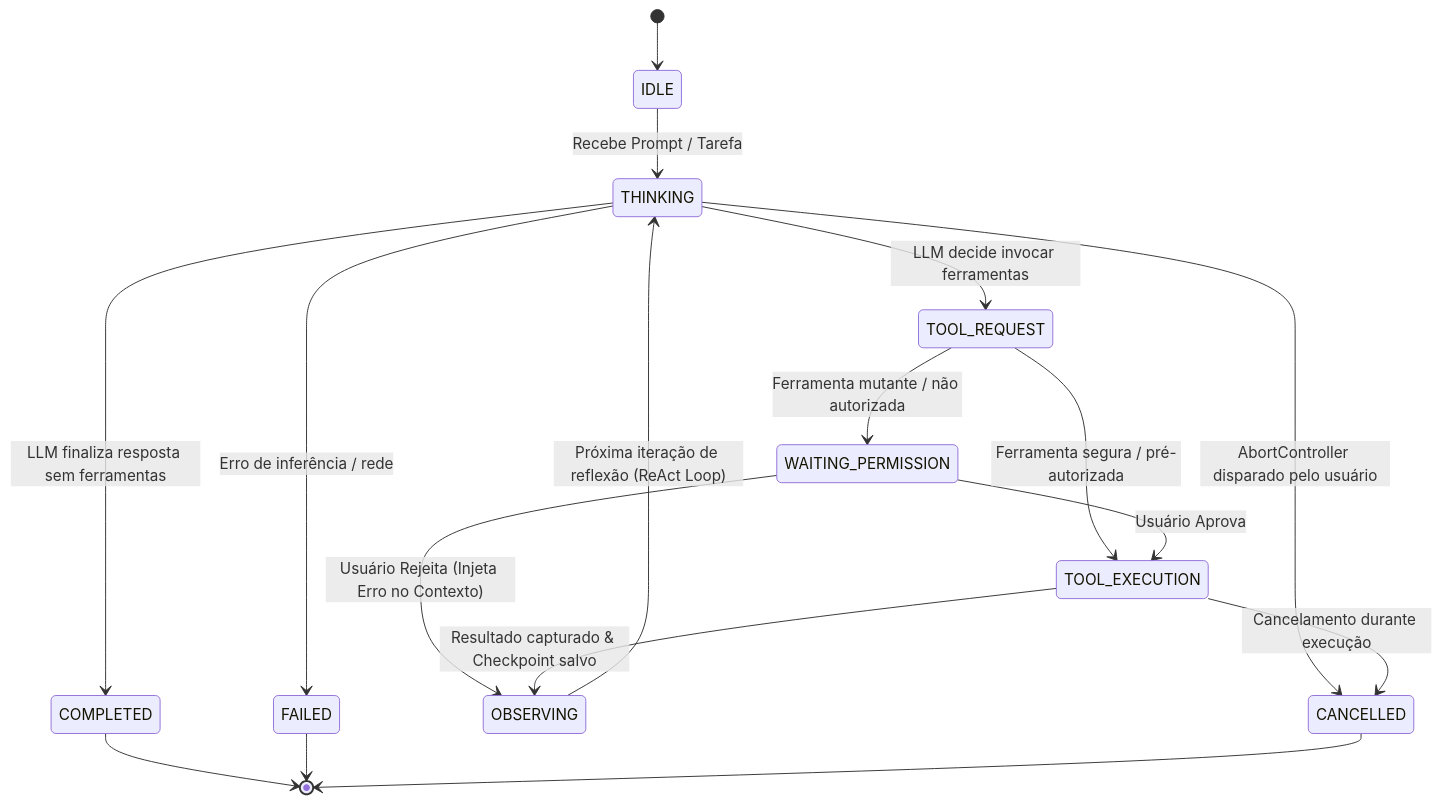
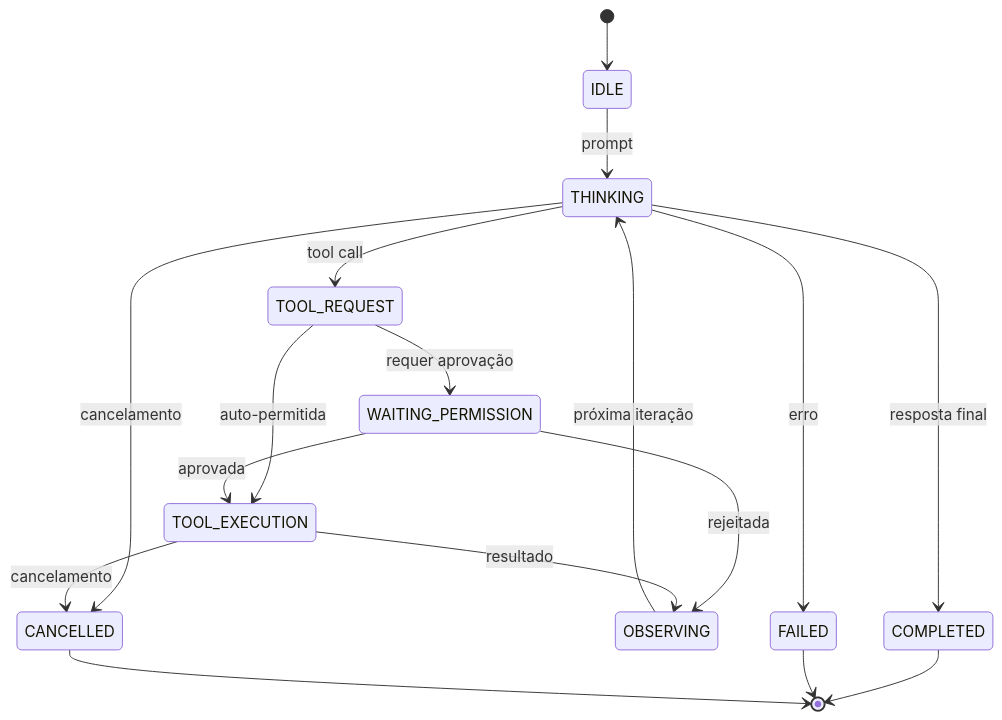
Before and after one commit to giseldo/neochat-desktop: the third of 3 diagrams in docs/guide/agent-runtime.md, drawn with Mermaid. The commit also changed other lines of this file and 5 other files, not shown here.

Commit message:
docs: update project architecture

````diff
--- a/docs/guide/agent-runtime.md
+++ b/docs/guide/agent-runtime.md
@@ -52,24 +109,19 @@
 ```mermaid
 stateDiagram-v2
     [*] --> IDLE
-    IDLE --> THINKING : Recebe Prompt / Tarefa
-    THINKING --> TOOL_REQUEST : LLM decide invocar ferramentas
-    THINKING --> COMPLETED : LLM finaliza resposta sem ferramentas
-    THINKING --> FAILED : Erro de inferência / rede
-    
-    TOOL_REQUEST --> WAITING_PERMISSION : Ferramenta mutante / não autorizada
-    TOOL_REQUEST --> TOOL_EXECUTION : Ferramenta segura / pré-autorizada
-    
-    WAITING_PERMISSION --> TOOL_EXECUTION : Usuário Aprova
-    WAITING_PERMISSION --> OBSERVING : Usuário Rejeita (Injeta Erro no Contexto)
-    
-    TOOL_EXECUTION --> OBSERVING : Resultado capturado & Checkpoint salvo
-    OBSERVING --> THINKING : Próxima iteração de reflexão (ReAct Loop)
-    
-    THINKING --> CANCELLED : AbortController disparado pelo usuário
-    TOOL_EXECUTION --> CANCELLED : Cancelamento durante execução
-    
+    IDLE --> THINKING : prompt
+    THINKING --> TOOL_REQUEST : tool call
+    THINKING --> COMPLETED : resposta final
+    TOOL_REQUEST --> WAITING_PERMISSION : requer aprovação
+    TOOL_REQUEST --> TOOL_EXECUTION : auto-permitida
+    WAITING_PERMISSION --> TOOL_EXECUTION : aprovada
+    WAITING_PERMISSION --> OBSERVING : rejeitada
+    TOOL_EXECUTION --> OBSERVING : resultado
+    OBSERVING --> THINKING : próxima iteração
+    THINKING --> FAILED : erro
+    THINKING --> CANCELLED : cancelamento
+    TOOL_EXECUTION --> CANCELLED : cancelamento
     COMPLETED --> [*]
     FAILED --> [*]
     CANCELLED --> [*]
 ```
````
